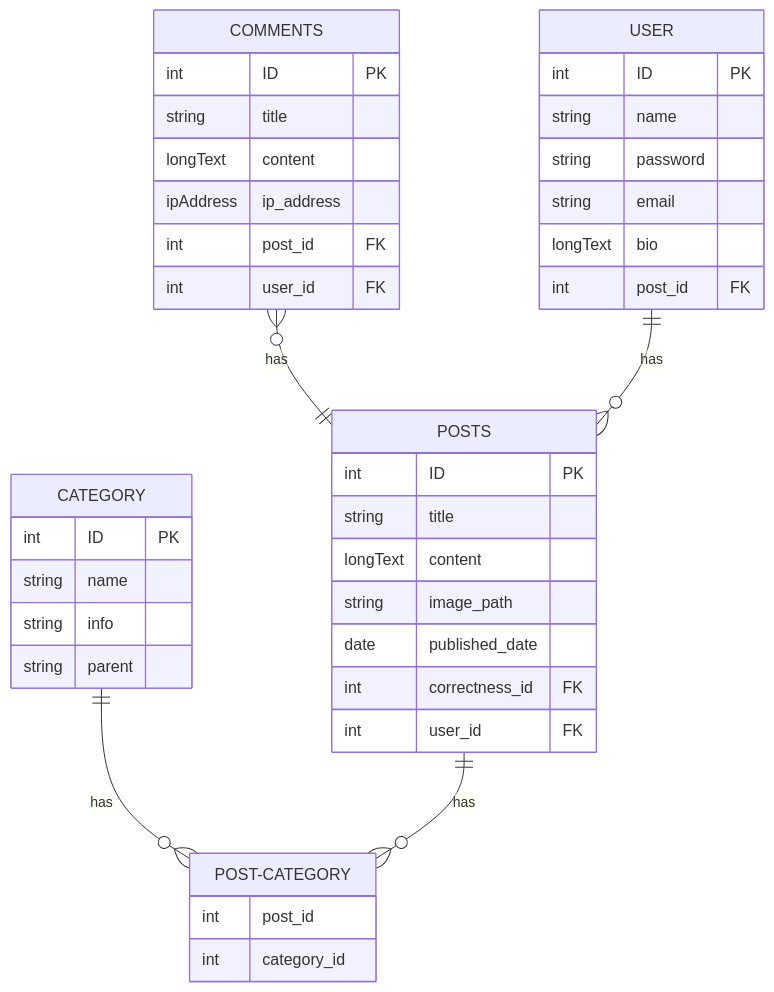
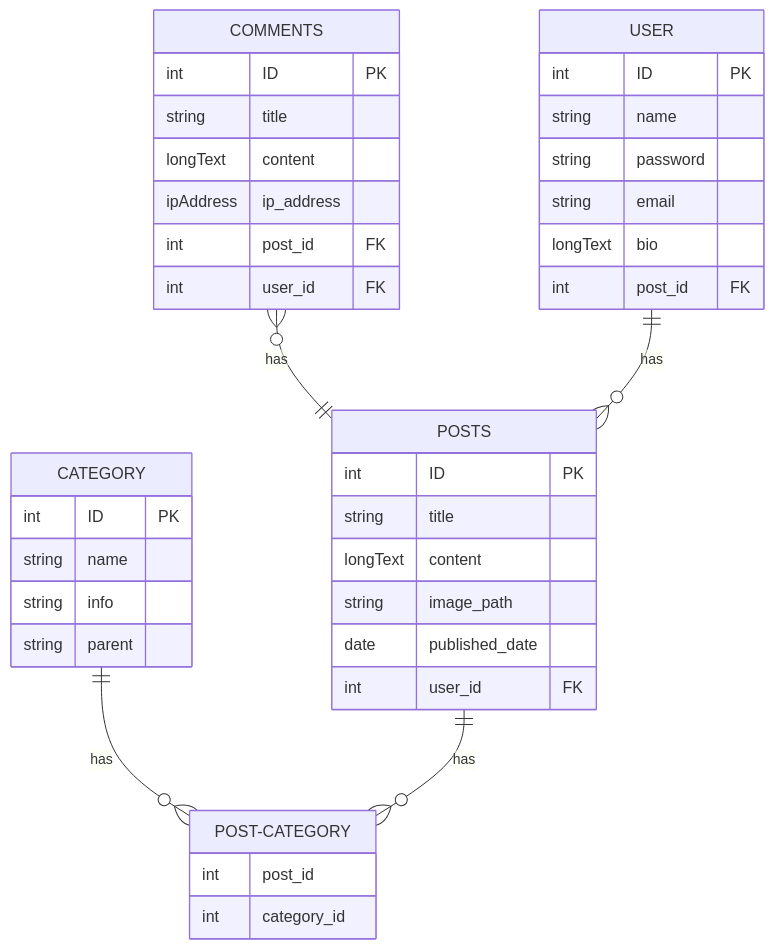
Before and after one commit to sd4483/Obsidian: the second of 2 diagrams in Web Applications/Strings App.md, drawn with Mermaid.

Commit message:
vault backup: 2023-03-05 13:36:27

````diff
--- a/Web Applications/Strings App.md
+++ b/Web Applications/Strings App.md
@@ -109,42 +109,41 @@
 ```mermaid
 erDiagram
 	CATEGORY {
 		int ID PK
 		string name
 		string info
 		string parent
 	}
 	POSTS {
 		int ID PK
 		string title
 		longText content
 		string image_path
 		date published_date
-		int correctness_id FK
 		int user_id FK
 	}
 	POST-CATEGORY {
 		int post_id
 		int category_id
 	}
 	COMMENTS {
 		int ID PK
 		string title
 		longText content
 		ipAddress ip_address
 		int post_id FK
 		int user_id FK
 	}
 	USER {
 		int ID PK
 		string name
 		string password
 		string email
 		longText bio
 		int post_id FK
 	}
 	CATEGORY ||--o{ POST-CATEGORY : has
 	POSTS ||--o{ POST-CATEGORY : has
 	COMMENTS }o--|| POSTS : has
 	USER ||--o{ POSTS : has
 ```
````
